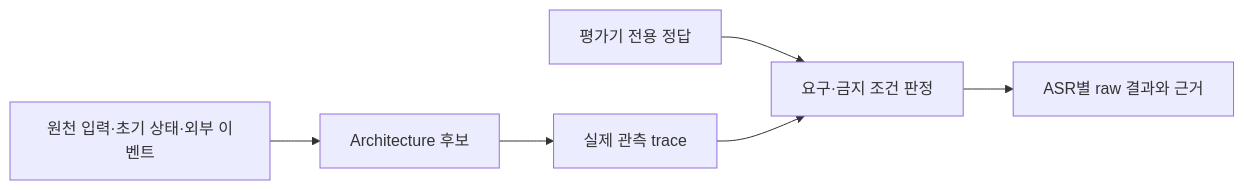
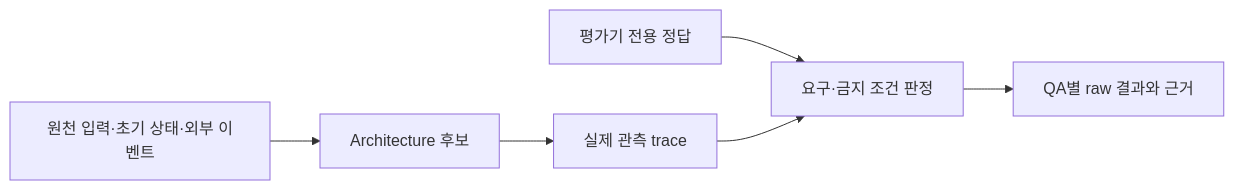
One commit to cbyche/via-sw-architecture changed the diagram in docs/architecture/11-measurement/test-case-catalog.md. Above: the diagram before and after it, drawn with Mermaid. The commit also changed other lines of this file and 63 other files, not shown here.

````diff
--- a/docs/architecture/11-measurement/test-case-catalog.md
+++ b/docs/architecture/11-measurement/test-case-catalog.md
@@ -17,8 +17,8 @@
 ```mermaid
 flowchart LR
     RAW["원천 입력·초기 상태·외부 이벤트"] --> CAND["Architecture 후보"]
     CAND --> OBS["실제 관측 trace"]
     GOLD["평가기 전용 정답"] --> CHECK["요구·금지 조건 판정"]
     OBS --> CHECK
-    CHECK --> RESULT["ASR별 raw 결과와 근거"]
+    CHECK --> RESULT["QA별 raw 결과와 근거"]
 ```
````
